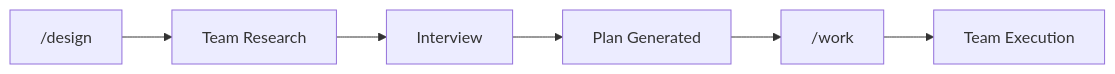
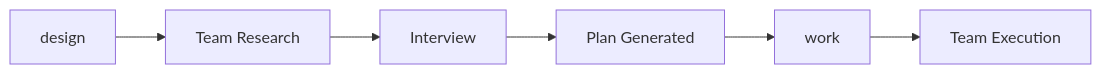
One commit to ReinaMacCredy/maestro changed the diagram in README.md. Above: the diagram before and after it, drawn with Mermaid. The commit also changed 7 other files, not shown here.

First line of the commit message:
chore: fix mermaid diagram, remove beads, update gitignore

````diff
--- a/README.md
+++ b/README.md
@@ -21,8 +21,8 @@
 ```mermaid
 graph LR
-    A["/design"] --> B[Team Research]
+    A[design] --> B[Team Research]
     B --> C[Interview]
     C --> D[Plan Generated]
-    D --> E["/work"]
+    D --> E[work]
     E --> F[Team Execution]
 ```
````
